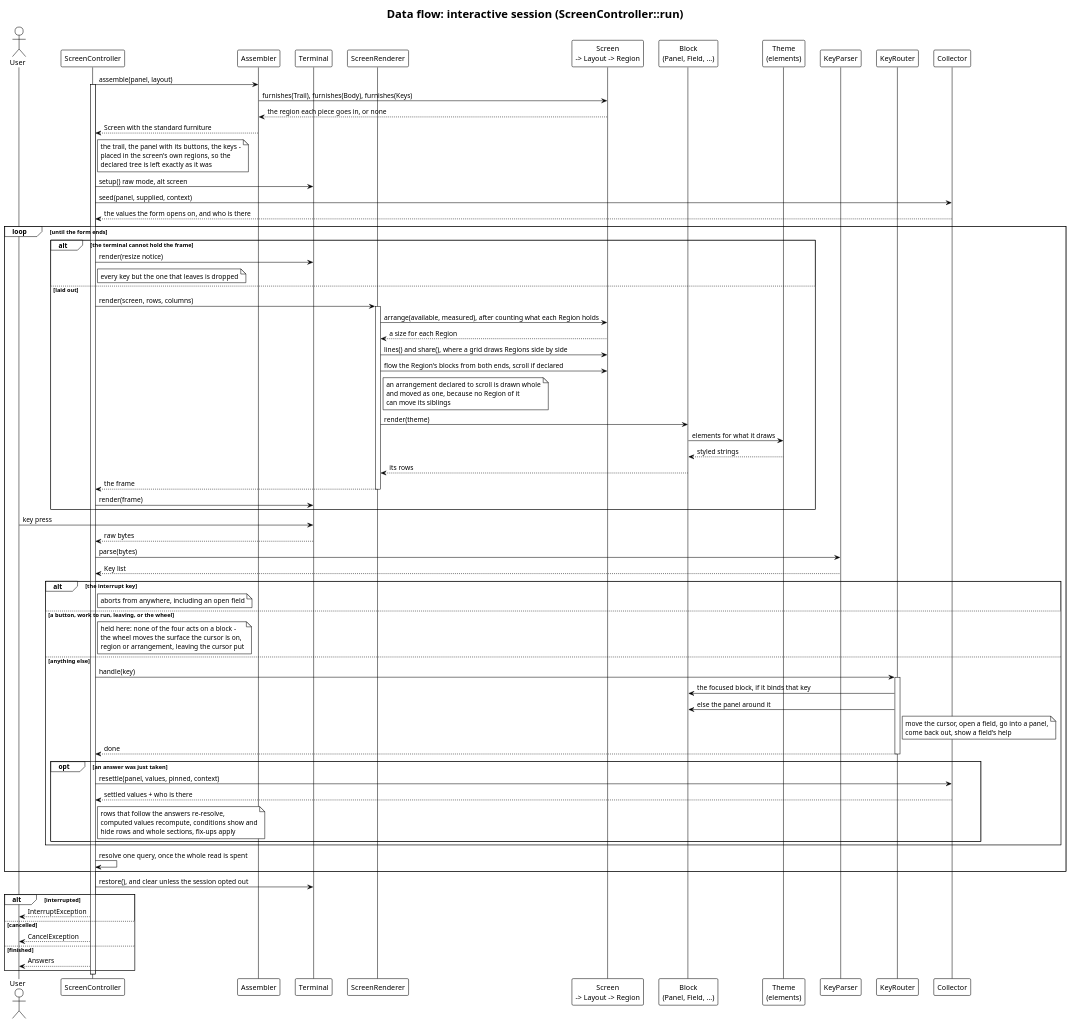
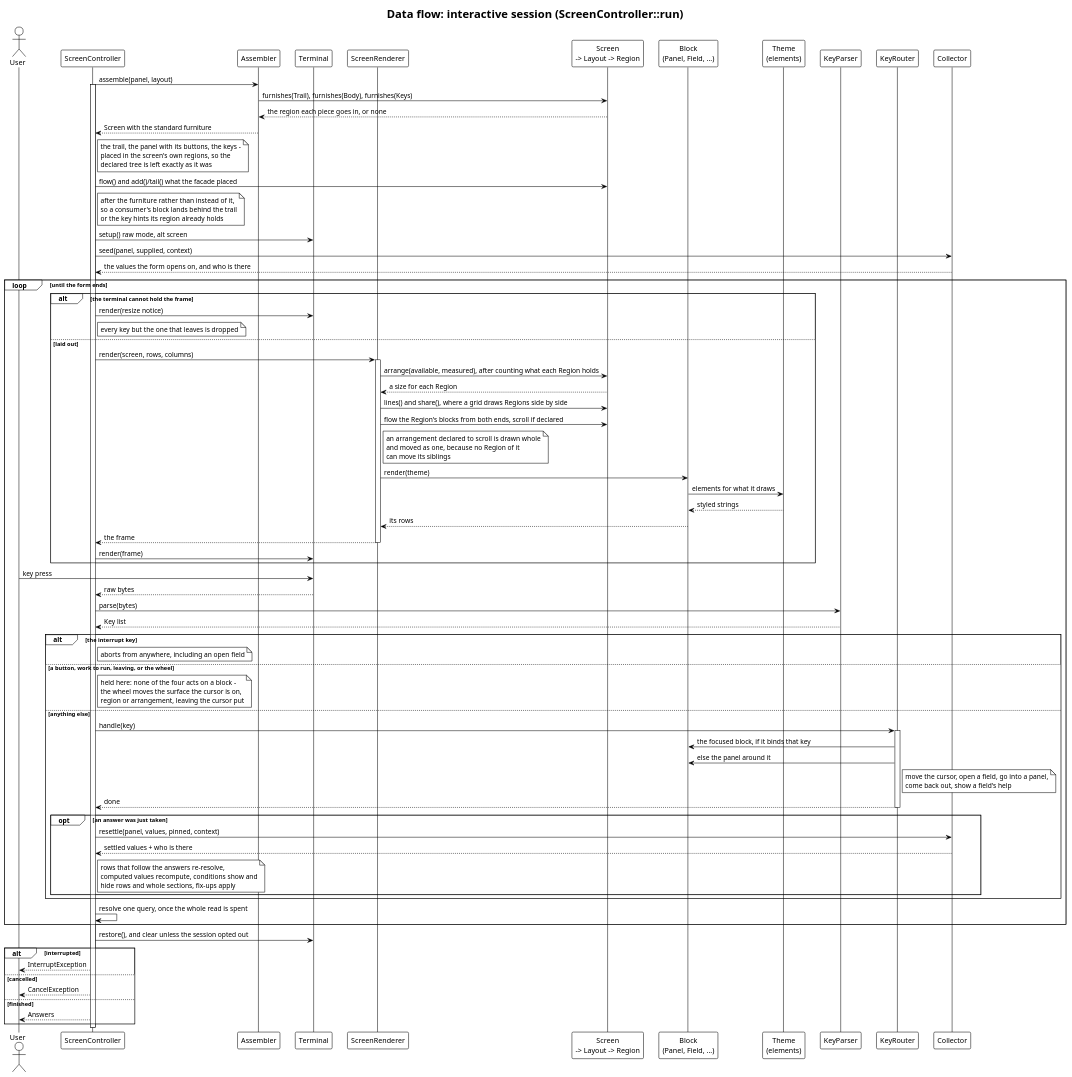
Before and after one commit to drevops/phptui: the diagram in docs/architecture/dataflow-tui.puml, drawn with PlantUML. The commit also changed 355 other files, not shown here.

Commit message:
Added a border capability declared on the screen, a region and any block. (#153)

```diff
--- a/docs/architecture/dataflow-tui.puml
+++ b/docs/architecture/dataflow-tui.puml
@@ -1,95 +1,98 @@
 @startuml
 ' drevops/tui - data flow for the interactive screen session.
 ' Traced from src/Screen/ScreenController.php (run -> paint/handle), with
 ' src/Screen/ScreenRenderer.php drawing outward from the Screen, src/Screen/
 ' KeyRouter.php sending each key inward, src/Input/ resolving a key press to a
 ' semantic action, and src/Screen/Collector.php re-settling after every answer.
 ' Regenerate every SVG with:  plantuml -tsvg docs/architecture/*.puml
 !theme plain
 skinparam backgroundColor white
 skinparam defaultFontName Helvetica
 skinparam shadowing false
 title Data flow: interactive session (ScreenController::run)
 
 actor "User" as User
 participant "ScreenController" as SC
 participant "Assembler" as Asm
 participant "Terminal" as Term
 participant "ScreenRenderer" as SR
 participant "Screen\n-> Layout -> Region" as Screen
 participant "Block\n(Panel, Field, ...)" as Block
 participant "Theme\n(elements)" as Theme
 participant "KeyParser" as KP
 participant "KeyRouter" as KR
 participant "Collector" as Col
 
 SC -> Asm: assemble(panel, layout)
 activate SC
 Asm -> Screen: furnishes(Trail), furnishes(Body), furnishes(Keys)
 Screen --> Asm: the region each piece goes in, or none
 Asm --> SC: Screen with the standard furniture
 note right of SC: the trail, the panel with its buttons, the keys -\nplaced in the screen's own regions, so the\ndeclared tree is left exactly as it was
+
+SC -> Screen: flow() and add()/tail() what the facade placed
+note right of SC: after the furniture rather than instead of it,\nso a consumer's block lands behind the trail\nor the key hints its region already holds
 
 SC -> Term: setup() raw mode, alt screen
 SC -> Col: seed(panel, supplied, context)
 Col --> SC: the values the form opens on, and who is there
 
 loop until the form ends
   alt the terminal cannot hold the frame
     SC -> Term: render(resize notice)
     note right of SC: every key but the one that leaves is dropped
   else laid out
     SC -> SR: render(screen, rows, columns)
     activate SR
     SR -> Screen: arrange(available, measured), after counting what each Region holds
     Screen --> SR: a size for each Region
     SR -> Screen: lines() and share(), where a grid draws Regions side by side
     SR -> Screen: flow the Region's blocks from both ends, scroll if declared
     note right of SR: an arrangement declared to scroll is drawn whole\nand moved as one, because no Region of it\ncan move its siblings
     SR -> Block: render(theme)
     Block -> Theme: elements for what it draws
     Theme --> Block: styled strings
     Block --> SR: its rows
     SR --> SC: the frame
     deactivate SR
     SC -> Term: render(frame)
   end
 
   User -> Term: key press
   Term --> SC: raw bytes
   SC -> KP: parse(bytes)
   KP --> SC: Key list
 
   alt the interrupt key
     note right of SC: aborts from anywhere, including an open field
   else a button, work to run, leaving, or the wheel
     note right of SC: held here: none of the four acts on a block -\nthe wheel moves the surface the cursor is on,\nregion or arrangement, leaving the cursor put
   else anything else
     SC -> KR: handle(key)
     activate KR
     KR -> Block: the focused block, if it binds that key
     KR -> Block: else the panel around it
     note right of KR: move the cursor, open a field, go into a panel,\ncome back out, show a field's help
     KR --> SC: done
     deactivate KR
 
     opt an answer was just taken
       SC -> Col: resettle(panel, values, pinned, context)
       Col --> SC: settled values + who is there
       note right of SC: rows that follow the answers re-resolve,\ncomputed values recompute, conditions show and\nhide rows and whole sections, fix-ups apply
     end
   end
 
   SC -> SC: resolve one query, once the whole read is spent
 end
 
 SC -> Term: restore(), and clear unless the session opted out
 alt interrupted
   SC --> User: InterruptException
 else cancelled
   SC --> User: CancelException
 else finished
   SC --> User: Answers
 end
 deactivate SC
 @enduml
```
